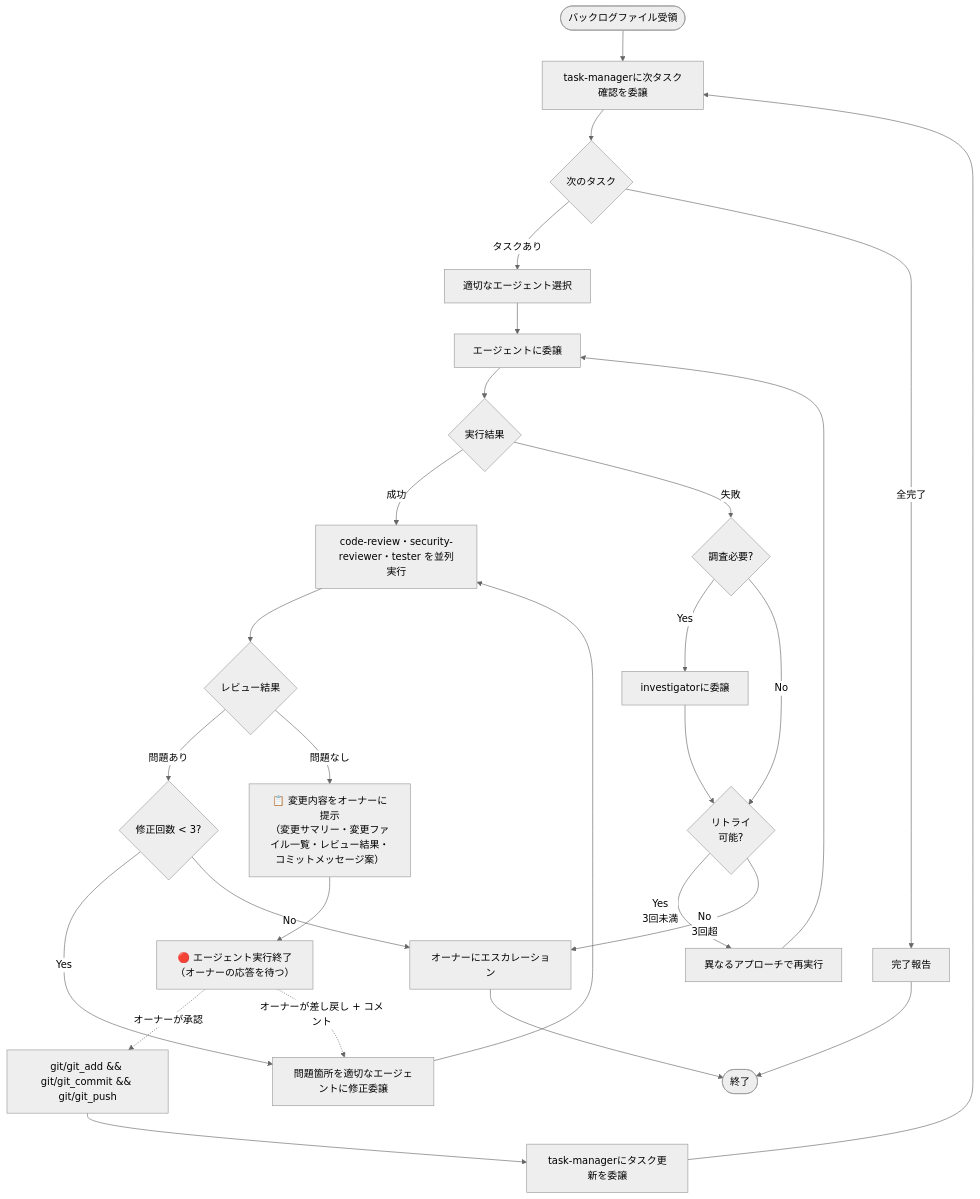
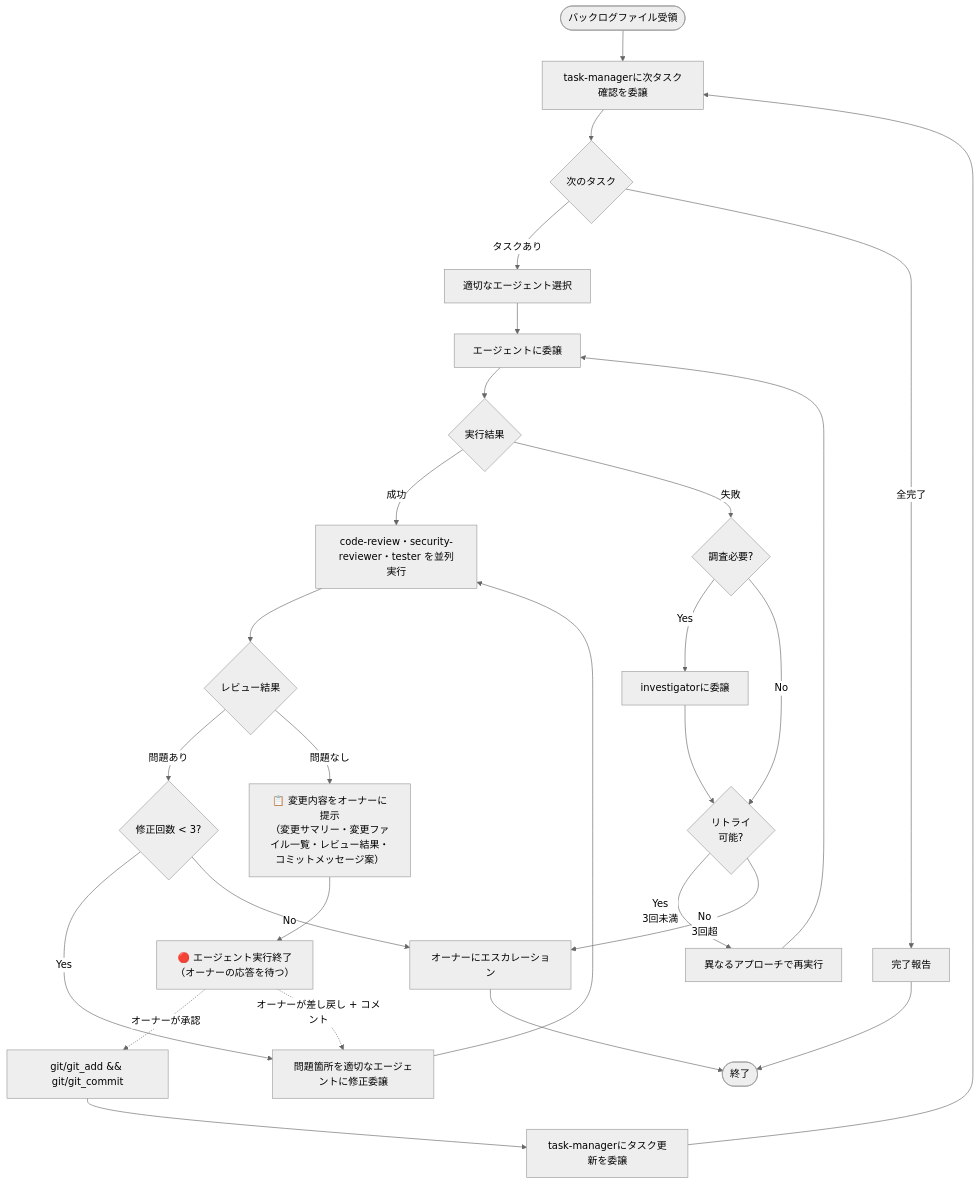
The diagram in nix/home/base/cli/copilot-cli/agents/orchestrator.agent.md (ichi-h/dotfiles), drawn with Mermaid (neutral theme) before and after one commit. The commit also changed other lines of this file and 1 other file, not shown here.

Commit message:
fix: remove git_push from orchestrator tools and update commit message formatting

````diff
--- a/nix/home/base/cli/copilot-cli/agents/orchestrator.agent.md
+++ b/nix/home/base/cli/copilot-cli/agents/orchestrator.agent.md
@@ -38,36 +37,36 @@
 ```mermaid
 graph TB
     Start([バックログファイル受領]) --> AskTaskManager[task-managerに次タスク確認を委譲]
 
     AskTaskManager --> NextTask{次のタスク}
     NextTask -->|タスクあり| SelectAgent[適切なエージェント選択]
     NextTask -->|全完了| Report[完了報告]
 
     SelectAgent --> Execute[エージェントに委譲]
     Execute --> Success{実行結果}
 
     Success -->|成功| ParallelReview["code-review・security-reviewer・tester を並列実行"]
     ParallelReview --> ReviewResult{レビュー結果}
     ReviewResult -->|問題あり| CheckRetry{修正回数 < 3?}
     CheckRetry -->|Yes| FixIssues[問題箇所を適切なエージェントに修正委譲]
     CheckRetry -->|No| Escalate
     FixIssues --> ParallelReview
     ReviewResult -->|問題なし| OwnerReport["📋 変更内容をオーナーに提示\n（変更サマリー・変更ファイル一覧・レビュー結果・コミットメッセージ案）"]
     OwnerReport --> EndRun["🔴 エージェント実行終了\n（オーナーの応答を待つ）"]
-    EndRun -.->|オーナーが承認| Commit["git/git_add && git/git_commit && git/git_push"]
+    EndRun -.->|オーナーが承認| Commit["git/git_add && git/git_commit"]
     EndRun -.->|オーナーが差し戻し + コメント| FixIssues
     Commit --> UpdateTask[task-managerにタスク更新を委譲]
     UpdateTask --> AskTaskManager
 
     Success -->|失敗| Investigate{調査必要?}
     Investigate -->|Yes| CallInvestigator[investigatorに委譲]
     CallInvestigator --> Retry{リトライ<br/>可能?}
     Investigate -->|No| Retry
 
     Retry -->|Yes<br/>3回未満| Replan[異なるアプローチで再実行]
     Replan --> Execute
     Retry -->|No<br/>3回超| Escalate[オーナーにエスカレーション]
 
     Report --> End([終了])
     Escalate --> End
 ```
````
